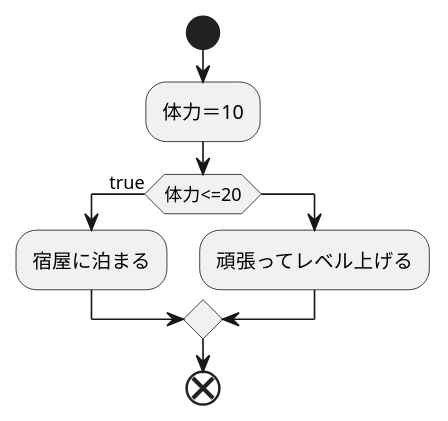
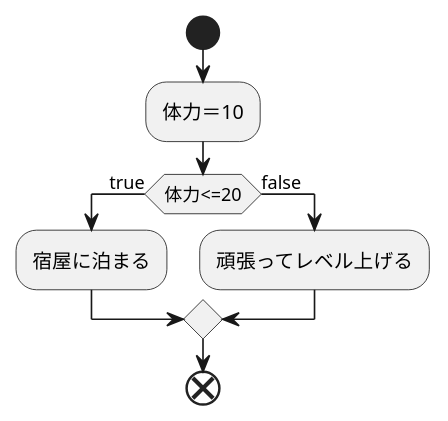
The diagram in kadai.md (Aso2001161/2021sys-design), drawn with PlantUML before and after one commit.

````diff
--- a/kadai.md
+++ b/kadai.md
@@ -1,14 +1,14 @@
 ```uml
 @startuml
 start
 :体力＝10;
 
 if(体力<=20) then(true)
 :宿屋に泊まる;
-else
+else (false)
 :頑張ってレベル上げる;
 endif
 
 end
 @enduml
 ```
````
